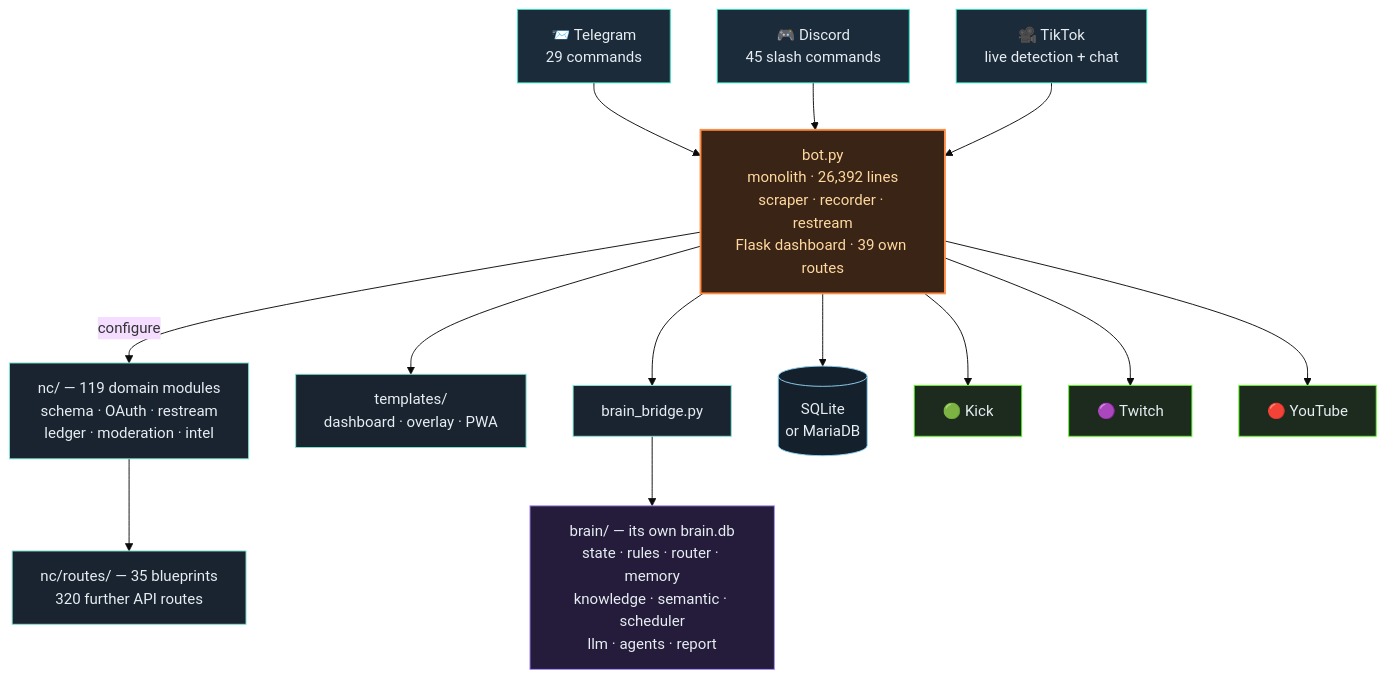
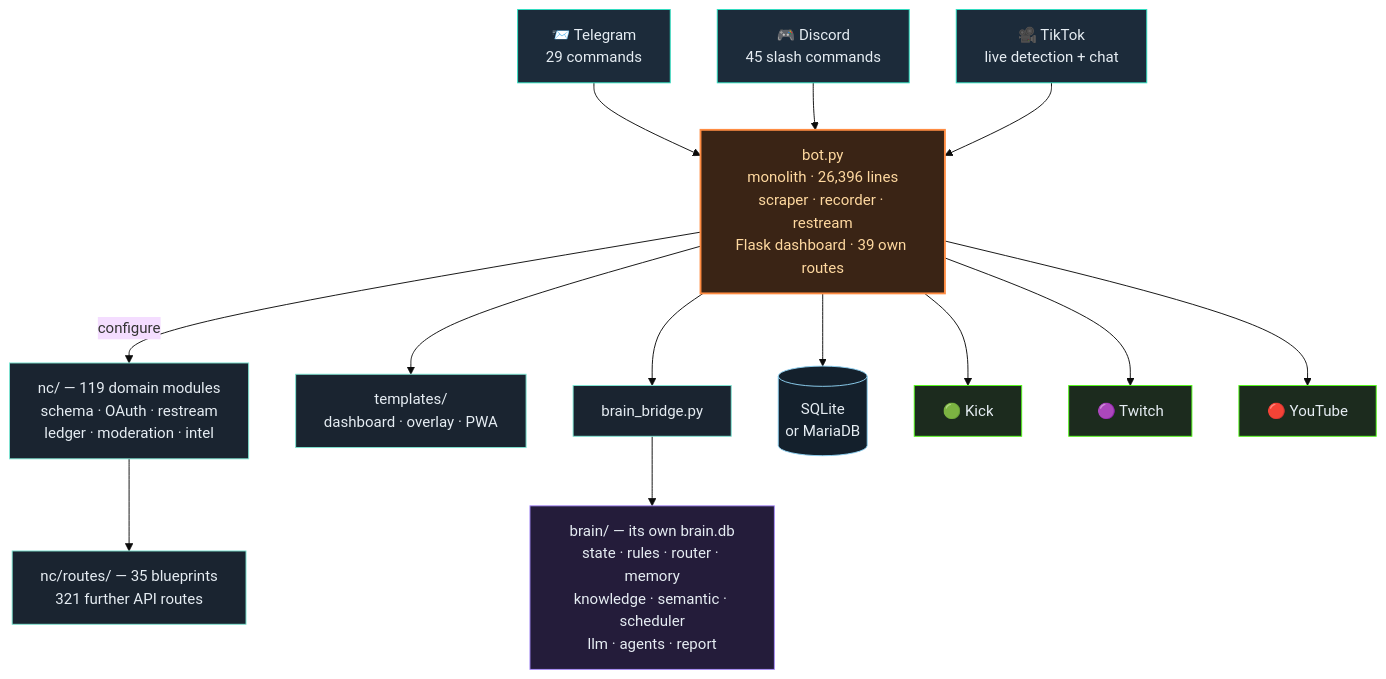
The third of 4 diagrams in README.en.md (itsamemedev/Telegram-Stream-Info-Bot), drawn with Mermaid (base theme) before and after one commit. The commit also changed other lines of this file and 16 other files, not shown here.

````diff
--- a/README.en.md
+++ b/README.en.md
@@ -190,30 +190,30 @@
 ```mermaid
 flowchart TB
     TG["📨 Telegram<br/>29 commands"]:::ein
     DC["🎮 Discord<br/>45 slash commands"]:::ein
     TT["🎥 TikTok<br/>live detection + chat"]:::ein
 
     TG --> BOT
     DC --> BOT
     TT --> BOT
 
-    BOT["bot.py<br/>monolith · 26,392 lines<br/>scraper · recorder · restream<br/>Flask dashboard · 39 own routes"]:::core
+    BOT["bot.py<br/>monolith · 26,396 lines<br/>scraper · recorder · restream<br/>Flask dashboard · 39 own routes"]:::core
 
     BOT -->|configure| NC["nc/ — 119 domain modules<br/>schema · OAuth · restream<br/>ledger · moderation · intel"]:::lib
-    NC --> RT["nc/routes/ — 35 blueprints<br/>320 further API routes"]:::lib
+    NC --> RT["nc/routes/ — 35 blueprints<br/>321 further API routes"]:::lib
     BOT --> TPL["templates/<br/>dashboard · overlay · PWA"]:::lib
     BOT --> BR["brain_bridge.py"]:::lib
     BR --> BRAIN["brain/ — its own brain.db<br/>state · rules · router · memory<br/>knowledge · semantic · scheduler<br/>llm · agents · report"]:::brain
     BOT --> DB[("SQLite<br/>or MariaDB")]:::db
 
     BOT --> KICK["🟢 Kick"]:::out
     BOT --> TW["🟣 Twitch"]:::out
     BOT --> YT["🔴 YouTube"]:::out
 
     classDef ein fill:#1c2b3a,stroke:#2de1c2,color:#e6edf3
     classDef core fill:#3a2415,stroke:#ff8c42,stroke-width:2px,color:#ffd9a0
     classDef lib fill:#1a2430,stroke:#7fe7d4,color:#e6edf3
     classDef brain fill:#241c3a,stroke:#a78bfa,color:#e6edf3
     classDef db fill:#14202c,stroke:#8fd3f4,color:#e6edf3
     classDef out fill:#1c2b1e,stroke:#53fc18,color:#e6edf3
 ```
````
